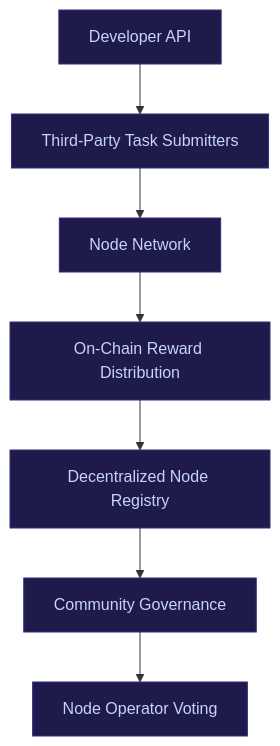
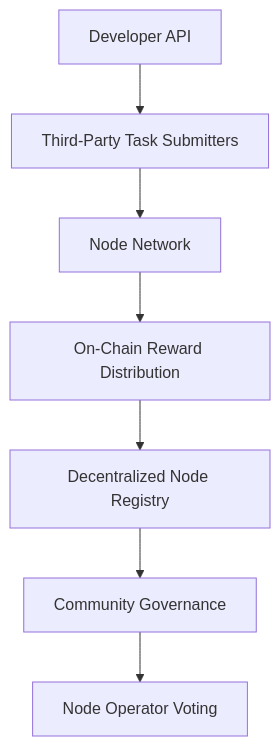
One commit to Nexora-Node/Docs changed the fifth of 6 diagrams in roadmap.md. Above: the diagram before and after it, drawn with Mermaid. The commit also changed other lines of this file and 5 other files, not shown here.

Commit message:
docs: remove all custom styles, simplify diagrams for clean GitBook render

````diff
--- a/roadmap.md
+++ b/roadmap.md
@@ -153,17 +123,9 @@
 ```mermaid
 graph TD
     A[Developer API] --> B[Third-Party Task Submitters]
     B --> C[Node Network]
     C --> D[On-Chain Reward Distribution]
     D --> E[Decentralized Node Registry]
     E --> F[Community Governance]
     F --> G[Node Operator Voting]
-
-    style A fill:#1e1b4b,stroke:#312e81,color:#c7d2fe
-    style B fill:#1e1b4b,stroke:#312e81,color:#c7d2fe
-    style C fill:#1e1b4b,stroke:#312e81,color:#c7d2fe
-    style D fill:#1e1b4b,stroke:#312e81,color:#c7d2fe
-    style E fill:#1e1b4b,stroke:#312e81,color:#c7d2fe
-    style F fill:#1e1b4b,stroke:#312e81,color:#c7d2fe
-    style G fill:#1e1b4b,stroke:#312e81,color:#c7d2fe
 ```
````
